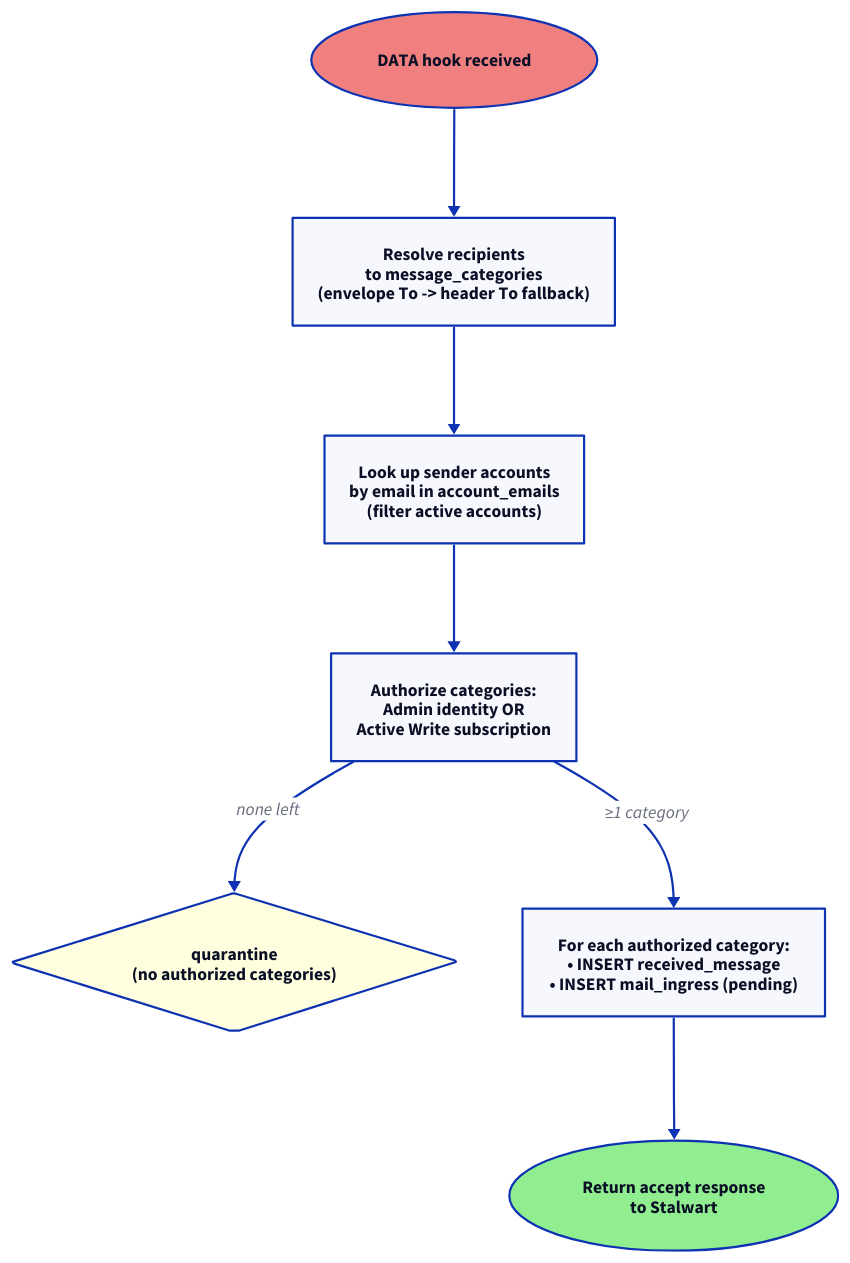
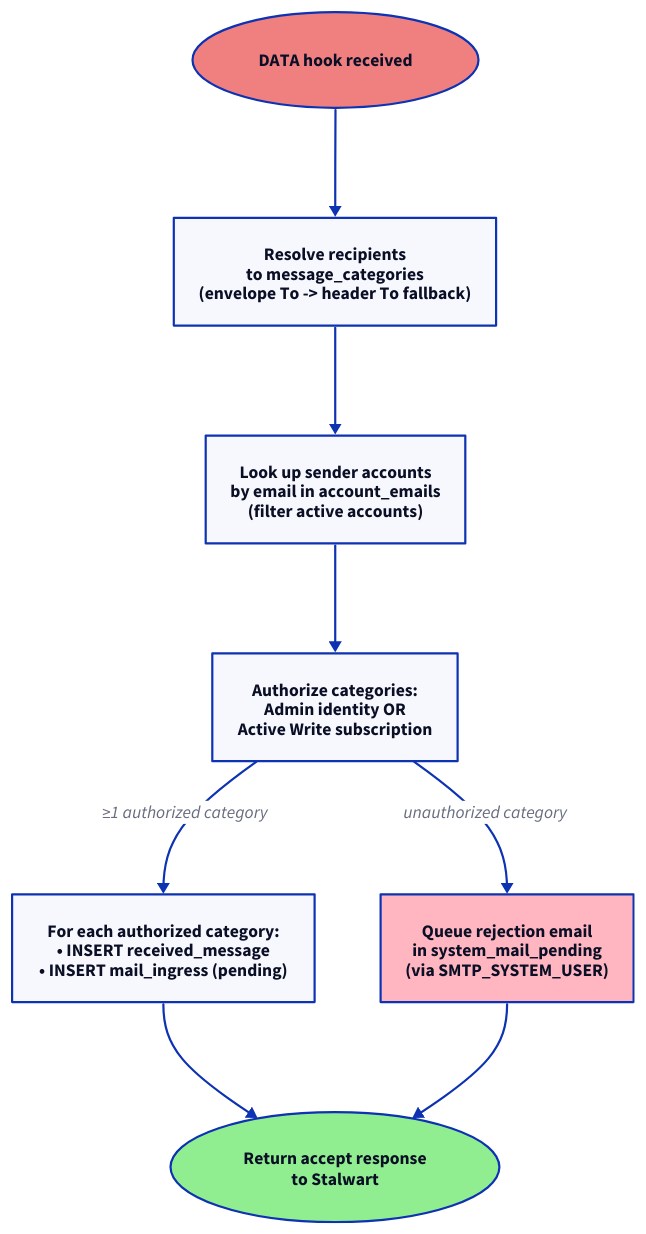
Before and after one commit to enaut/kommunikationszentrum: the diagram in docs/src/email/event-flow-data-stage.d2, drawn with D2. The commit also changed 7 other files, not shown here.

```diff
--- a/docs/src/email/event-flow-data-stage.d2
+++ b/docs/src/email/event-flow-data-stage.d2
@@ -1,25 +1,26 @@
 direction: down
 
 start: "DATA hook received" {
   shape: oval
   style.fill: lightcoral
 }
 resolve: "Resolve recipients\nto message_categories\n(envelope To -> header To fallback)"
 sender: "Look up sender accounts\nby email in account_emails\n(filter active accounts)"
 filter: "Authorize categories:\nAdmin identity OR\nActive Write subscription"
-no_cat: "quarantine\n(no authorized categories)" {
-  shape: diamond
-  style.fill: lightyellow
+reject_notice: "Queue rejection email\nin system_mail_pending\n(via SMTP_SYSTEM_USER)" {
+  shape: rectangle
+  style.fill: lightpink
 }
 persist: "For each authorized category:\n• INSERT received_message\n• INSERT mail_ingress (pending)"
 resp: "Return accept response\nto Stalwart" {
   shape: oval
   style.fill: lightgreen
 }
 
 start -> resolve
 resolve -> sender
 sender -> filter
-filter -> no_cat: "none left"
-filter -> persist: "≥1 category"
+filter -> reject_notice: "unauthorized category"
+filter -> persist: "≥1 authorized category"
 persist -> resp
+reject_notice -> resp
```
